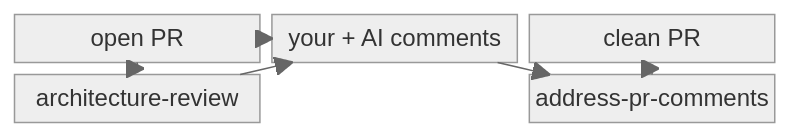
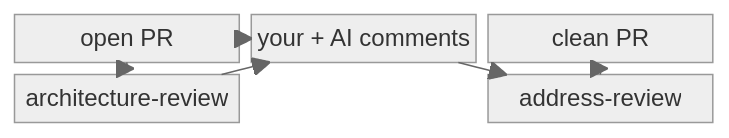
Before and after one commit to mohasarc/mo-skills: diagram 20 of 22 in README.md, drawn with Mermaid (neutral theme). The commit also changed other lines of this file and 4 other files, not shown here.

Commit message:
add address-review, architecture-review, and grill-me skills

````diff
--- a/README.md
+++ b/README.md
@@ -429,15 +429,15 @@
 ```mermaid
 block-beta
     columns 3
     PR["open PR"]
     Comments["your + AI comments"]
     Clean["clean PR"]
     AR["architecture-review"]
     space
-    APR["address-pr-comments"]
+    APR["address-review"]
     PR --> AR
     PR --> Comments
     AR --> Comments
     Comments --> APR
     APR --> Clean
 ```
````
